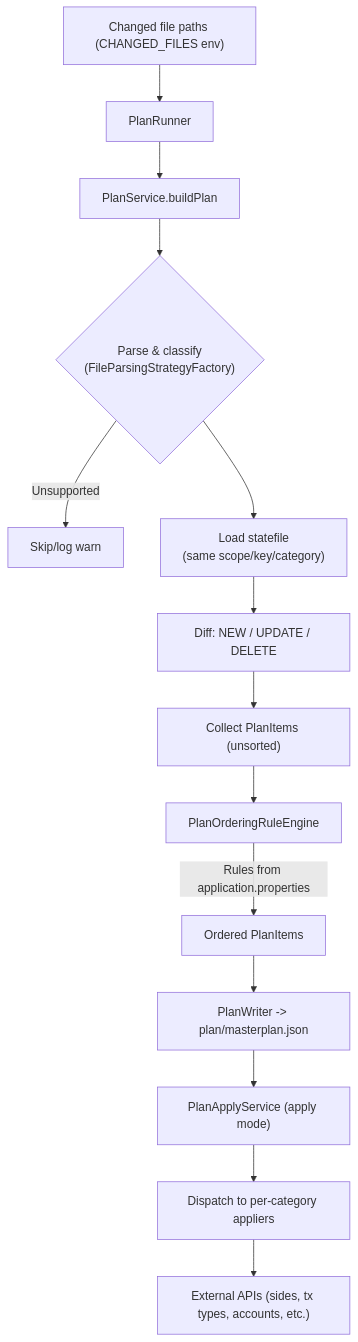
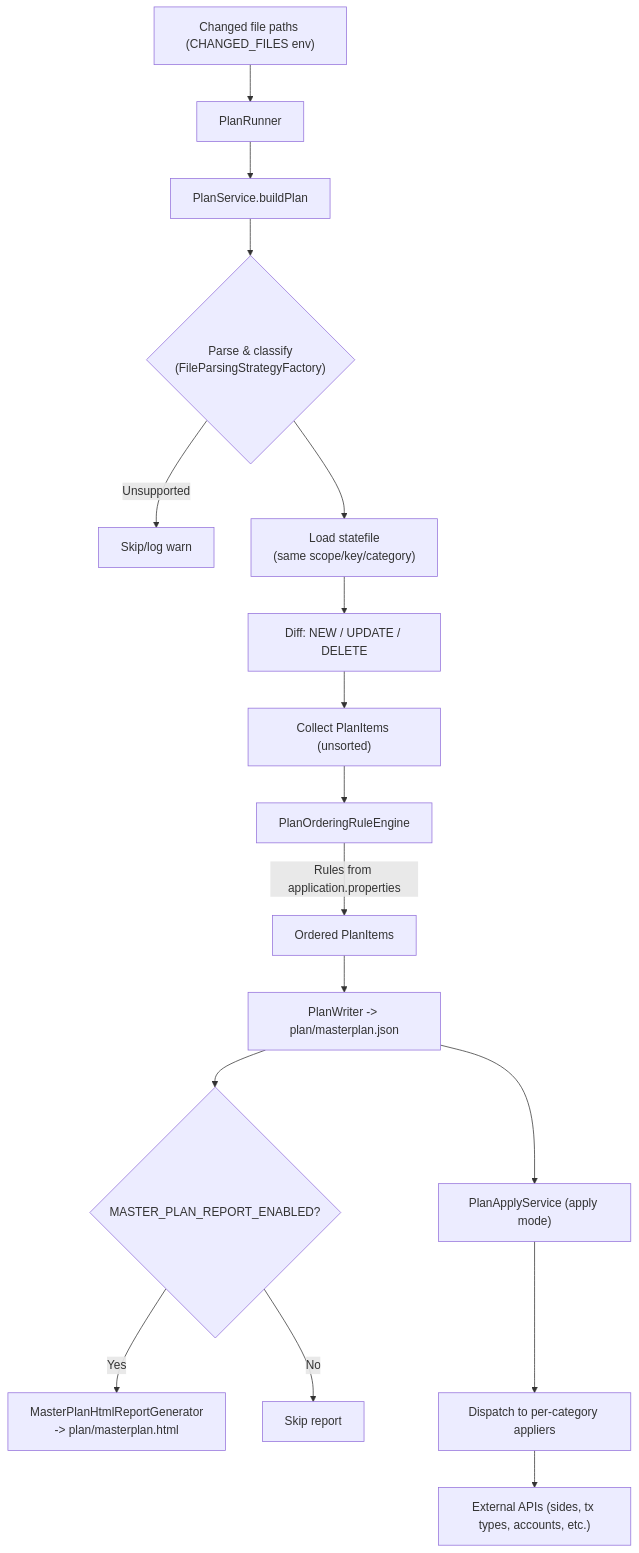
One commit to srinuneehaal/CaC-Patterns changed the diagram in diagrams/sequence_1.mmd. Above: the diagram before and after it, drawn with Mermaid. The commit also changed 11 other files, not shown here.

Commit message:
added flag for masterplan report flag

```diff
--- a/diagrams/sequence_1.mmd
+++ b/diagrams/sequence_1.mmd
@@ -1,19 +1,22 @@
 ---
 config:
   layout: dagre
 id: ffb3833d-c812-4a64-8a4d-f7e55a2c8f91
 ---
 flowchart TB
     A["Changed file paths (CHANGED_FILES env)"] --> B["PlanRunner"]
     B --> C["PlanService.buildPlan"]
     C --> D{"Parse &amp; classify<br>(FileParsingStrategyFactory)"}
     D -- Unsupported --> D0["Skip/log warn"]
     D --> E["Load statefile<br>(same scope/key/category)"]
     E --> F["Diff: NEW / UPDATE / DELETE"]
     F --> G["Collect PlanItems (unsorted)"]
     G --> H["PlanOrderingRuleEngine"]
     H -- "Rules from application.properties" --> I["Ordered PlanItems"]
     I --> J["PlanWriter -> plan/masterplan.json"]
+    J --> J1{"MASTER_PLAN_REPORT_ENABLED?"}
+    J1 -- Yes --> J2["MasterPlanHtmlReportGenerator<br>-> plan/masterplan.html"]
+    J1 -- No --> J3["Skip report"]
     J --> K["PlanApplyService (apply mode)"]
     K --> L["Dispatch to per-category appliers"]
     L --> M["External APIs (sides, tx types, accounts, etc.)"]
```
